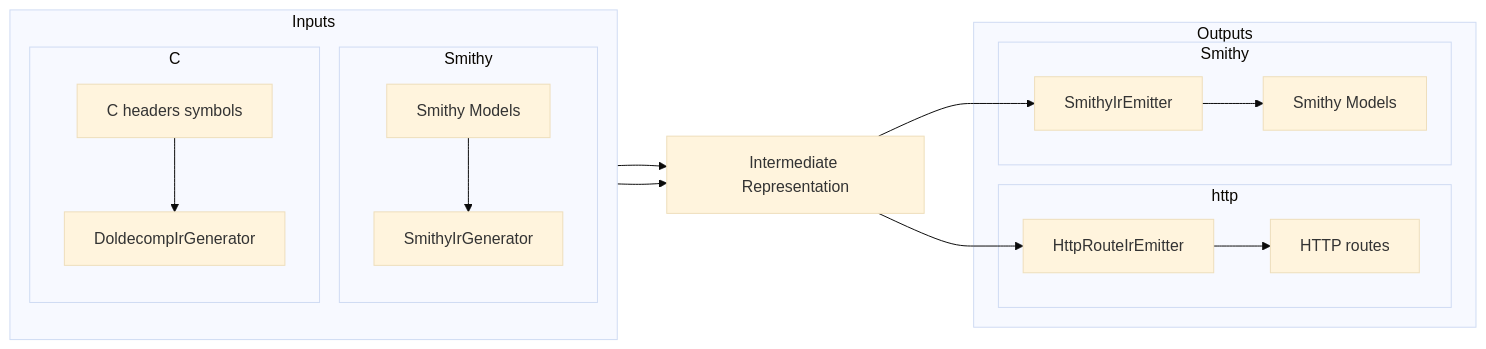
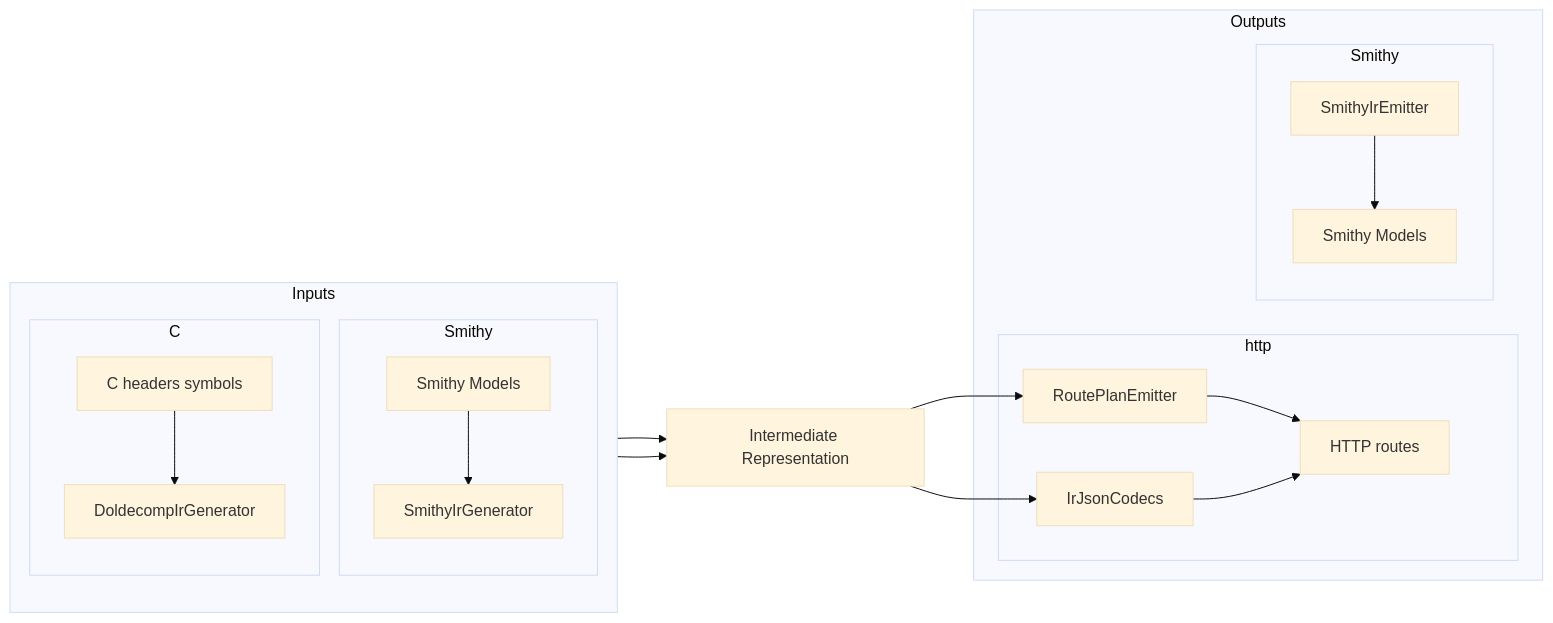
Before and after one commit to Jacoby6000/dap-http-generator: the diagram in AGENTS.md, drawn with Mermaid (base theme). The commit also changed other lines of this file and 3 other files, not shown here.

First line of the commit message:
Split HttpRouteIrEmitter into plan and codec modules.

````diff
--- a/AGENTS.md
+++ b/AGENTS.md
@@ -67,37 +67,38 @@
 ```mermaid
 ---
 config:
   flowchart:
     curve:
 ---
 
 flowchart LR
   SMIN["Smithy Models"]
 
   subgraph Inputs
     direction TD
     subgraph smithyIn [Smithy]
         SMIN --> SmithyIrGenerator
     end
     subgraph C
         CHeaders["C headers symbols"] --> DoldecompIrGenerator
     end
   end
 
   IR["Intermediate Representation"]
 
   SmithyIrGenerator --> IR
   DoldecompIrGenerator --> IR
 
-  IR --> HttpRouteIrEmitter
-  IR --> SmithyIrEmitter
+  IR --> RoutePlanEmitter
+  IR --> IrJsonCodecs
 
   subgraph Outputs
-    subgraph http
-        HttpRouteIrEmitter --> Routes["HTTP routes"]
-    end
-    subgraph smithyOut [Smithy]
-        SmithyIrEmitter --> SMOUT["Smithy Models"]
-    end
+  subgraph http
+  RoutePlanEmitter --> Routes["HTTP routes"]
+  IrJsonCodecs --> Routes
+  end
+  subgraph smithyOut [Smithy]
+  SmithyIrEmitter --> SMOUT["Smithy Models"]
+  end
   end
 ```
````
